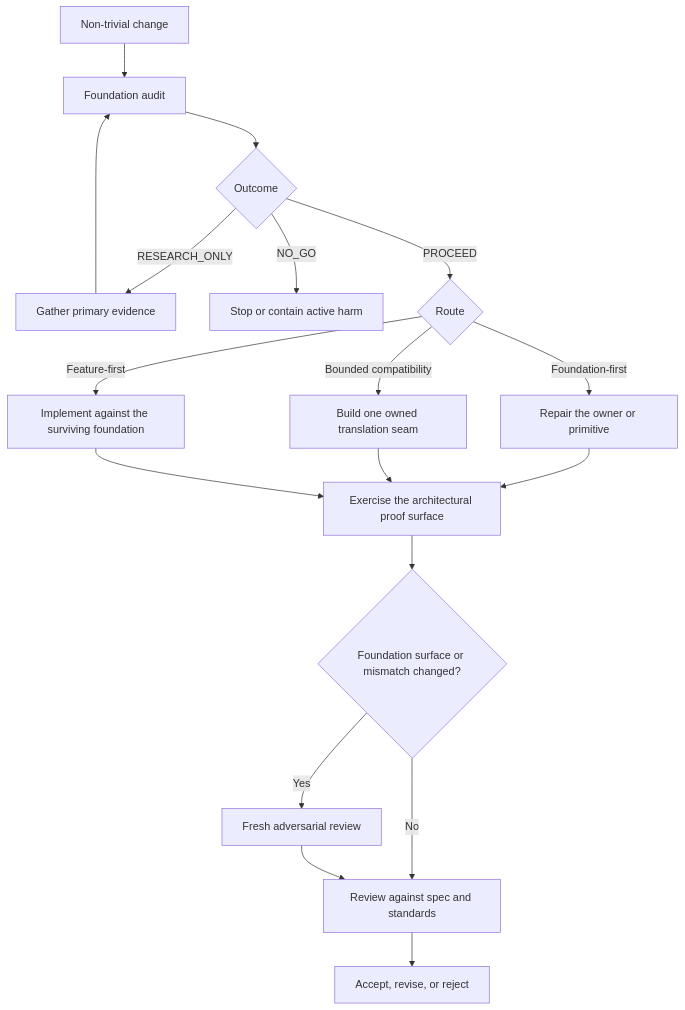
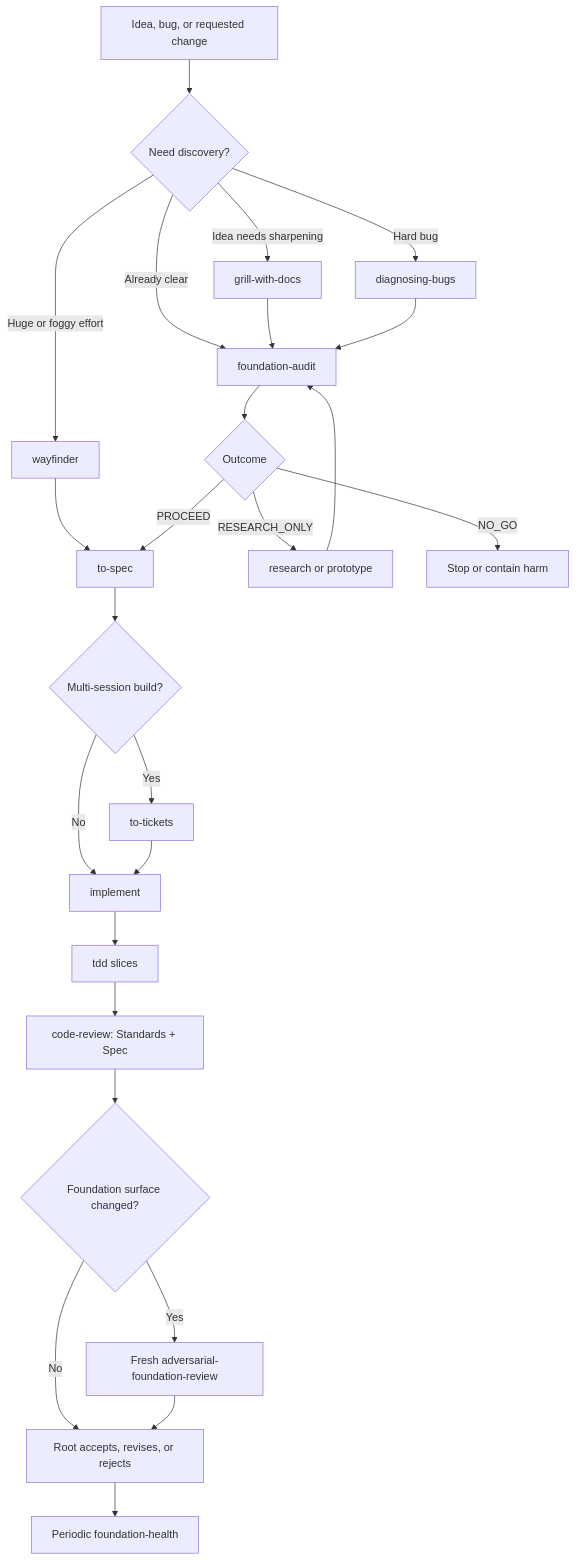
Before and after one commit to long7400/foundation-integrity: the diagram in README.md, drawn with Mermaid. The commit also changed other lines of this file and 37 other files, not shown here.

````diff
--- a/README.md
+++ b/README.md
@@ -97,20 +31,27 @@
 ```mermaid
 flowchart TD
-    A[Non-trivial change] --> B[Foundation audit]
-    B --> C{Outcome}
-    C -->|RESEARCH_ONLY| D[Gather primary evidence]
-    D --> B
-    C -->|NO_GO| E[Stop or contain active harm]
-    C -->|PROCEED| F{Route}
-    F -->|Foundation-first| G[Repair the owner or primitive]
-    F -->|Bounded compatibility| H[Build one owned translation seam]
-    F -->|Feature-first| I[Implement against the surviving foundation]
-    G --> J[Exercise the architectural proof surface]
-    H --> J
-    I --> J
-    J --> K{Foundation surface or mismatch changed?}
-    K -->|Yes| L[Fresh adversarial review]
-    K -->|No| M[Review against spec and standards]
+    A[Idea, bug, or requested change] --> B{Need discovery?}
+    B -->|Idea needs sharpening| C[grill-with-docs]
+    B -->|Hard bug| D[diagnosing-bugs]
+    B -->|Huge or foggy effort| E[wayfinder]
+    B -->|Already clear| F[foundation-audit]
+    C --> F
+    D --> F
+    E --> G[to-spec]
+    F --> H{Outcome}
+    H -->|RESEARCH_ONLY| I[research or prototype]
+    I --> F
+    H -->|NO_GO| J[Stop or contain harm]
+    H -->|PROCEED| G
+    G --> K{Multi-session build?}
+    K -->|Yes| L[to-tickets]
+    K -->|No| M[implement]
     L --> M
-    M --> N[Accept, revise, or reject]
+    M --> N[tdd slices]
+    N --> O[code-review: Standards + Spec]
+    O --> P{Foundation surface changed?}
+    P -->|Yes| Q[Fresh adversarial-foundation-review]
+    P -->|No| R[Root accepts, revises, or rejects]
+    Q --> R
+    R --> S[Periodic foundation-health]
 ```
````
